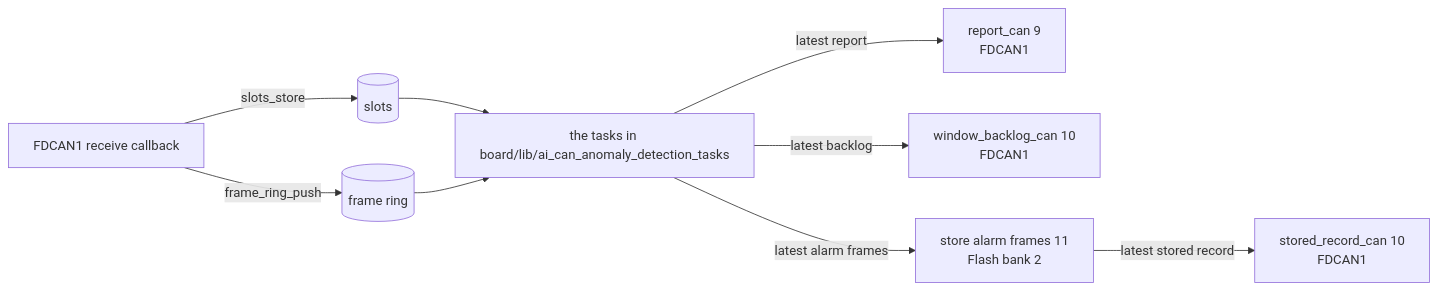
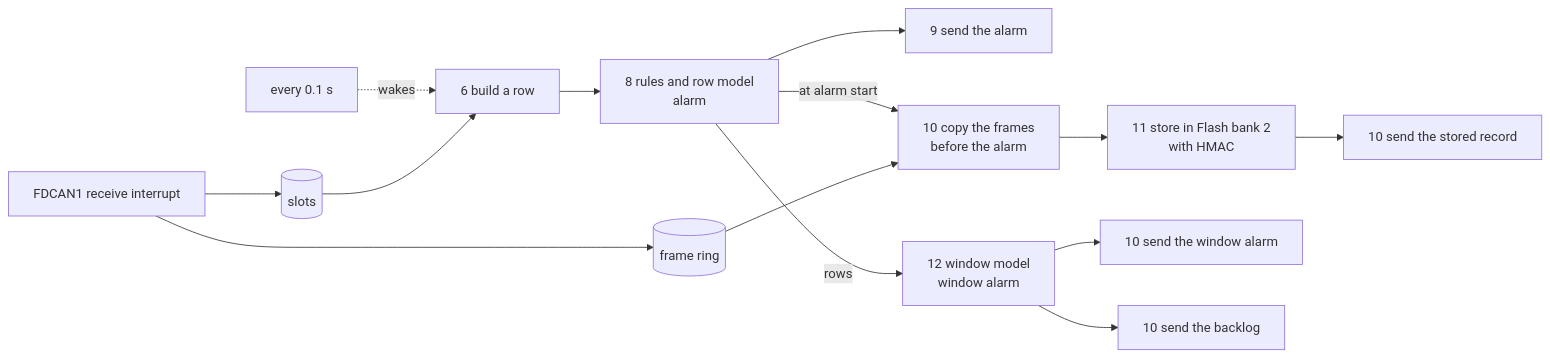
The diagram in board/application/ai_can_anomaly_detection/README.md (asana17/ai_can_anomaly_detection), drawn with Mermaid before and after one commit. The commit also changed other lines of this file and 3 other files, not shown here.

Commit message:
docs(board): reorganize the ai_can_anomaly_detection README, results last

````diff
--- a/board/application/ai_can_anomaly_detection/README.md
+++ b/board/application/ai_can_anomaly_detection/README.md
@@ -12,11 +17,16 @@
 ```mermaid
 flowchart LR
-    irq["FDCAN1 receive callback"] -- slots_store --> slots[(slots)]
-    irq -- frame_ring_push --> frames[(frame ring)]
-    slots --> tasks["the tasks in board/lib/ai_can_anomaly_detection_tasks"]
-    frames --> tasks
-    tasks -- latest report --> can["report_can 9<br/>FDCAN1"]
-    tasks -- latest backlog --> backlog_can["window_backlog_can 10<br/>FDCAN1"]
-    tasks -- latest alarm frames --> store["store alarm frames 11<br/>Flash bank 2"]
-    store -- latest stored record --> record_can["stored_record_can 10<br/>FDCAN1"]
+    irq["FDCAN1 receive interrupt"] --> slots[(slots)]
+    irq --> ring[(frame ring)]
+    tick["every 0.1 s"] -. wakes .-> pre
+    slots --> pre["6 build a row"]
+    pre --> row["8 rules and row model<br/>alarm"]
+    row --> report["9 send the alarm"]
+    row -- at alarm start --> copy["10 copy the frames<br/>before the alarm"]
+    ring --> copy
+    copy --> store["11 store in Flash bank 2<br/>with HMAC"]
+    store --> record["10 send the stored record"]
+    row -- rows --> win["12 window model<br/>window alarm"]
+    win --> window_report["10 send the window alarm"]
+    win --> backlog["10 send the backlog"]
 ```
````
